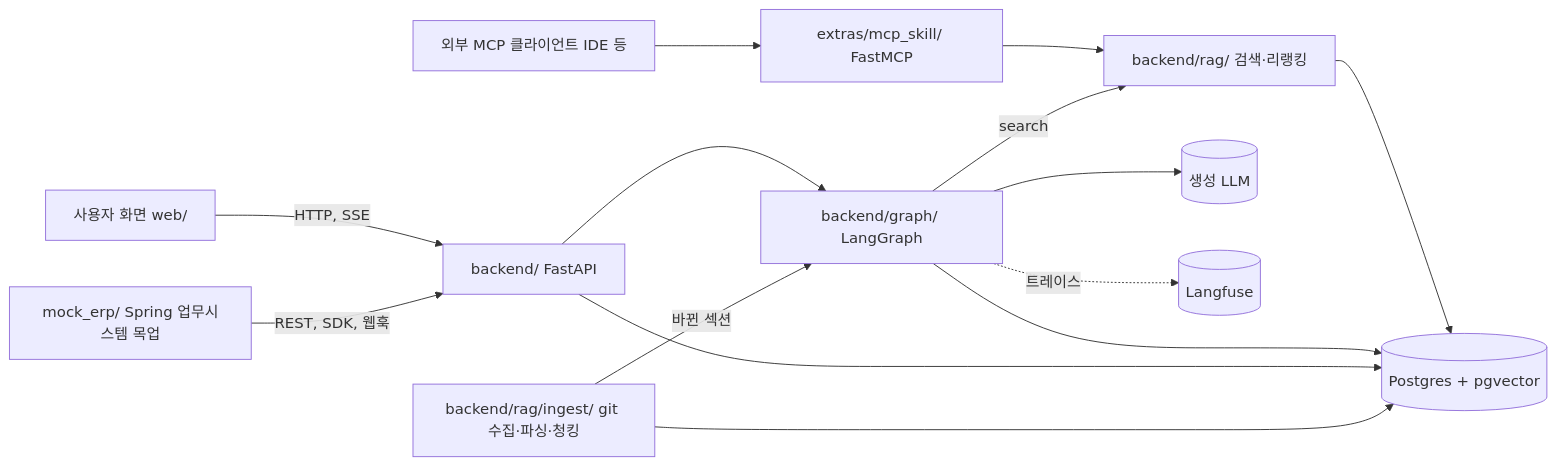
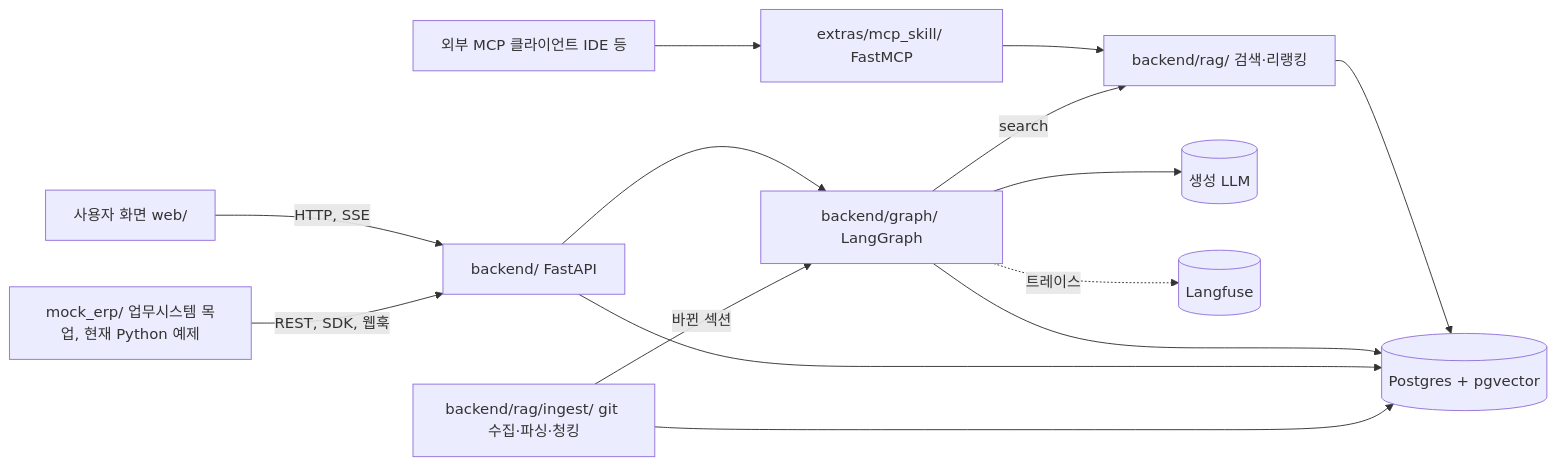
The first of 2 diagrams in docs/SDD.md (seungwook-kim/provena), drawn with Mermaid before and after one commit. The commit also changed other lines of this file and 52 other files, not shown here.

````diff
--- a/docs/SDD.md
+++ b/docs/SDD.md
@@ -27,16 +27,16 @@
 ```mermaid
 flowchart LR
   U[사용자 화면 web/] -->|HTTP, SSE| API[backend/ FastAPI]
-  ERP[mock_erp/ Spring 업무시스템 목업] -->|REST, SDK, 웹훅| API
+  ERP[mock_erp/ 업무시스템 목업, 현재 Python 예제] -->|REST, SDK, 웹훅| API
   MCPc[외부 MCP 클라이언트 IDE 등] --> MCP[extras/mcp_skill/ FastMCP]
   API --> AG[backend/graph/ LangGraph]
   MCP --> RAG
   AG -->|search| RAG[backend/rag/ 검색·리랭킹]
   AG --> LLM[(생성 LLM)]
   RAG --> DB[(Postgres + pgvector)]
   AG --> DB
   API --> DB
   ING[backend/rag/ingest/ git 수집·파싱·청킹] --> DB
   ING -->|바뀐 섹션| AG
   AG -. 트레이스 .-> LF[(Langfuse)]
 ```
````
